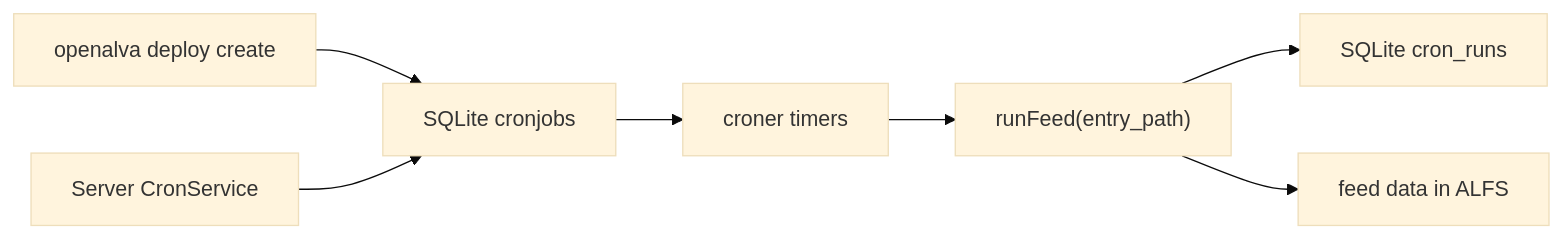
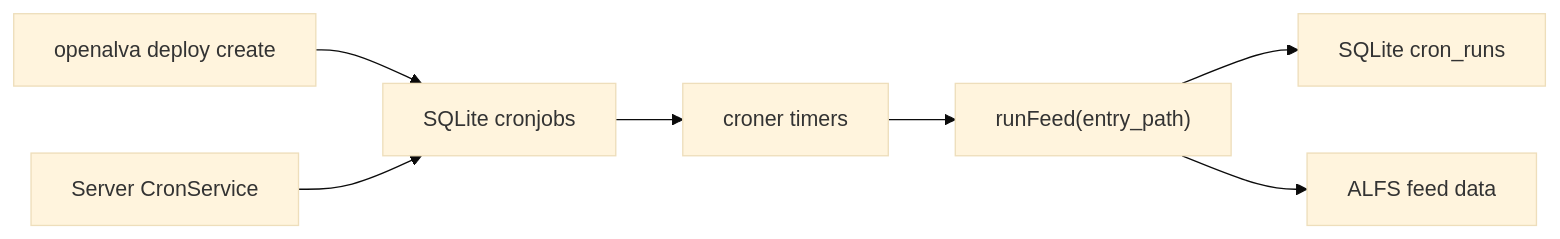
One commit to george351419-sys/OpenAlva changed the fourth of 5 diagrams in README.md. Above: the diagram before and after it, drawn with Mermaid (base theme). The commit also changed other lines of this file and 1 other file, not shown here.

````diff
--- a/README.md
+++ b/README.md
@@ -155,9 +156,9 @@
 ```mermaid
 flowchart LR
   CLI["openalva deploy create"] --> Store["SQLite cronjobs"]
   Server["Server CronService"] --> Store
   Store --> Cron["croner timers"]
   Cron --> Run["runFeed(entry_path)"]
   Run --> Runs["SQLite cron_runs"]
-  Run --> ALFS["feed data in ALFS"]
+  Run --> ALFS["ALFS feed data"]
 ```
````
